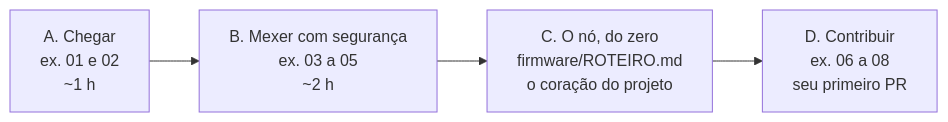
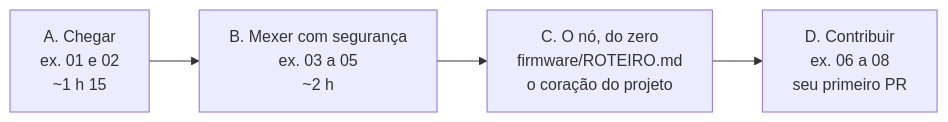
Before and after one commit to lacouth/meliponet: the diagram in docs/trilha.md, drawn with Mermaid. The commit also changed other lines of this file and 1 other file, not shown here.

````diff
--- a/docs/trilha.md
+++ b/docs/trilha.md
@@ -12,6 +12,6 @@
 ```mermaid
 flowchart LR
-    A["A. Chegar<br/>ex. 01 e 02<br/>~1 h"] --> B["B. Mexer com segurança<br/>ex. 03 a 05<br/>~2 h"]
+    A["A. Chegar<br/>ex. 01 e 02<br/>~1 h 15"] --> B["B. Mexer com segurança<br/>ex. 03 a 05<br/>~2 h"]
     B --> C["C. O nó, do zero<br/>firmware/ROTEIRO.md<br/>o coração do projeto"]
     C --> D["D. Contribuir<br/>ex. 06 a 08<br/>seu primeiro PR"]
 ```
````
